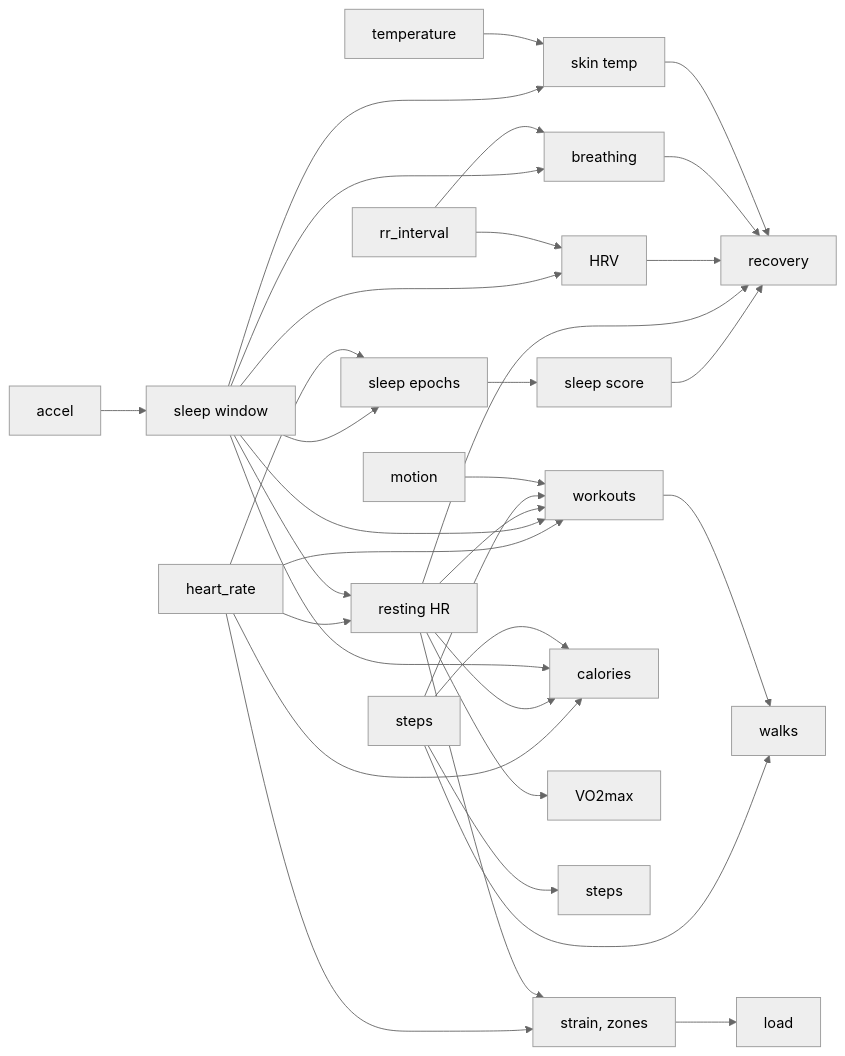
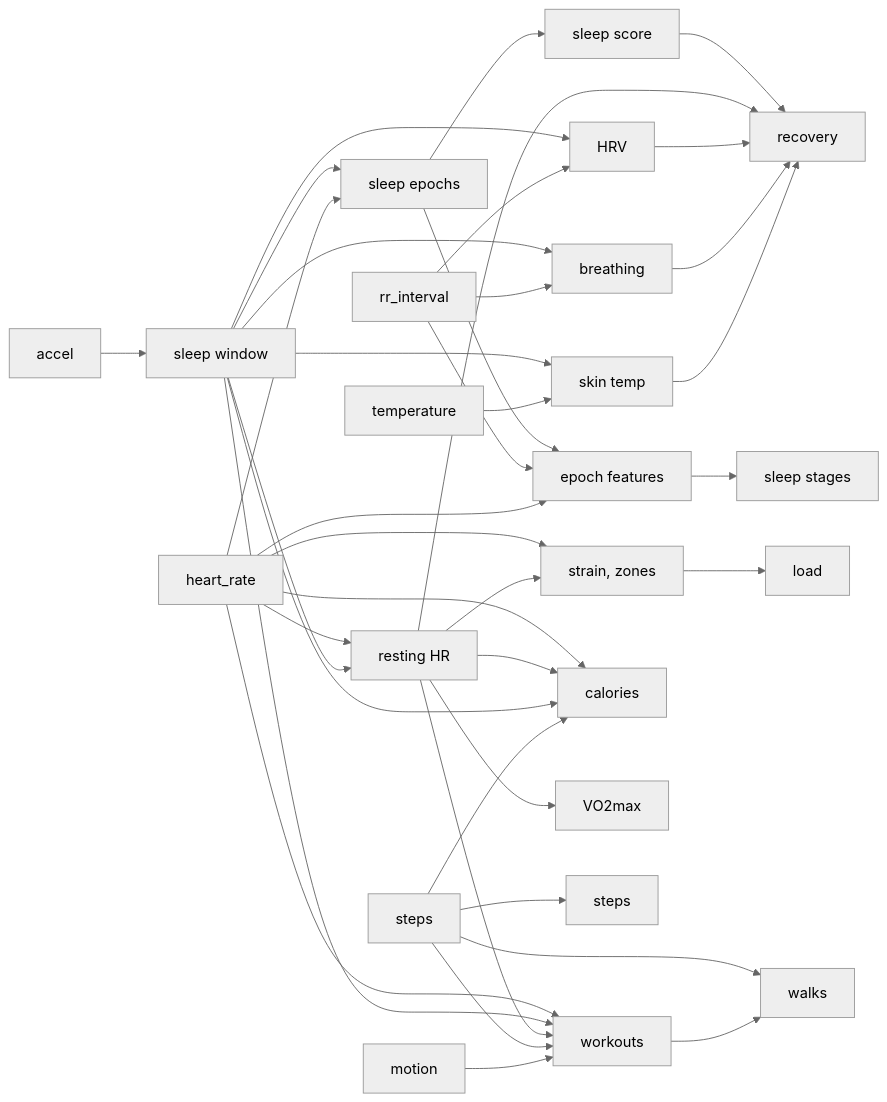
The diagram in docs/health-metrics.md (pkrshnan/dashboardify), drawn with Mermaid (neutral theme) before and after one commit. The commit also changed other lines of this file and 12 other files, not shown here.

First line of the commit message:
Sleep stages from heart rate, HRV and breathing (H9) (#106)

````diff
--- a/docs/health-metrics.md
+++ b/docs/health-metrics.md
@@ -9,16 +9,17 @@
 ```mermaid
 flowchart LR
   A[accel] --> S[sleep window] --> E[sleep epochs] --> SS[sleep score] --> REC[recovery]
+  E & RR & HR --> F[epoch features] --> STG[sleep stages]
   HR[heart_rate] --> E & R[resting HR] & ST[strain, zones] & W[workouts]
   S --> R & H[HRV] & B[breathing] & T[skin temp] & W
   RR[rr_interval] --> H & B
   TMP[temperature] --> T
   R & H & B & T --> REC
   R --> ST & W
   ST --> L[load]
   HR & R & S --> CAL[calories]
   R --> V[VO2max]
   STP[steps] --> STEPS[steps] & W & WK[walks] & CAL
   MOT[motion] --> W
   W --> WK
 ```
````
